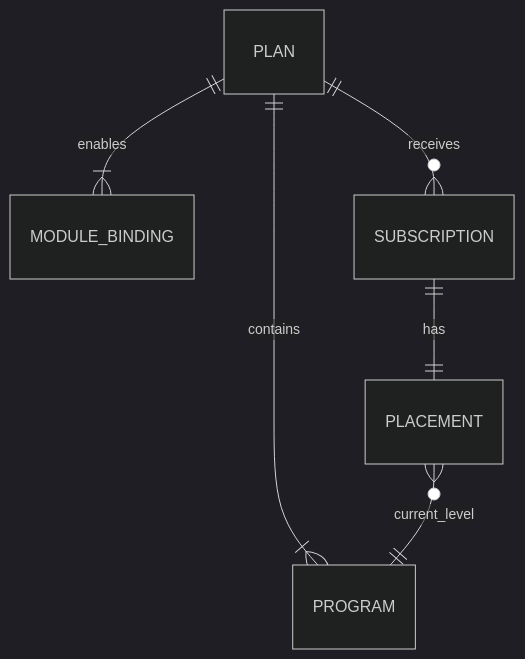
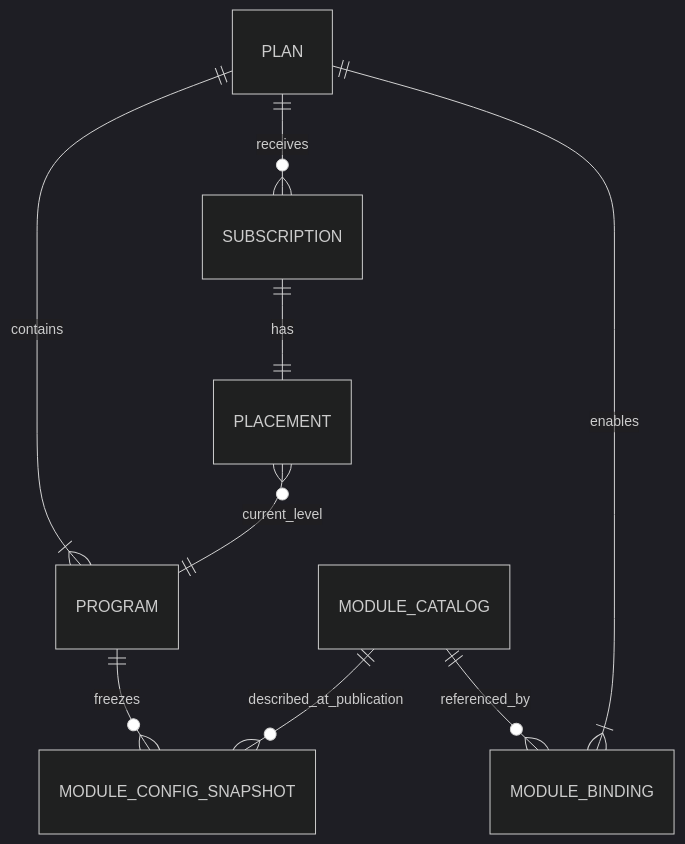
One commit to MMTech-Solutions/ib-service changed the diagram in docs/bds/plans-and-subscriptions.bds.md. Above: the diagram before and after it, drawn with Mermaid (dark theme). The commit also changed other lines of this file and 14 other files, not shown here.

Commit message:
Define modular architecture and integration boundaries

````diff
--- a/docs/bds/plans-and-subscriptions.bds.md
+++ b/docs/bds/plans-and-subscriptions.bds.md
@@ -27,8 +31,11 @@
 ```mermaid
 erDiagram
+    MODULE_CATALOG ||--o{ MODULE_BINDING : referenced_by
     PLAN ||--|{ PROGRAM : contains
     PLAN ||--|{ MODULE_BINDING : enables
+    PROGRAM ||--o{ MODULE_CONFIG_SNAPSHOT : freezes
+    MODULE_CATALOG ||--o{ MODULE_CONFIG_SNAPSHOT : described_at_publication
     PLAN ||--o{ SUBSCRIPTION : receives
     SUBSCRIPTION ||--|| PLACEMENT : has
     PLACEMENT }o--|| PROGRAM : current_level
 ```
````
